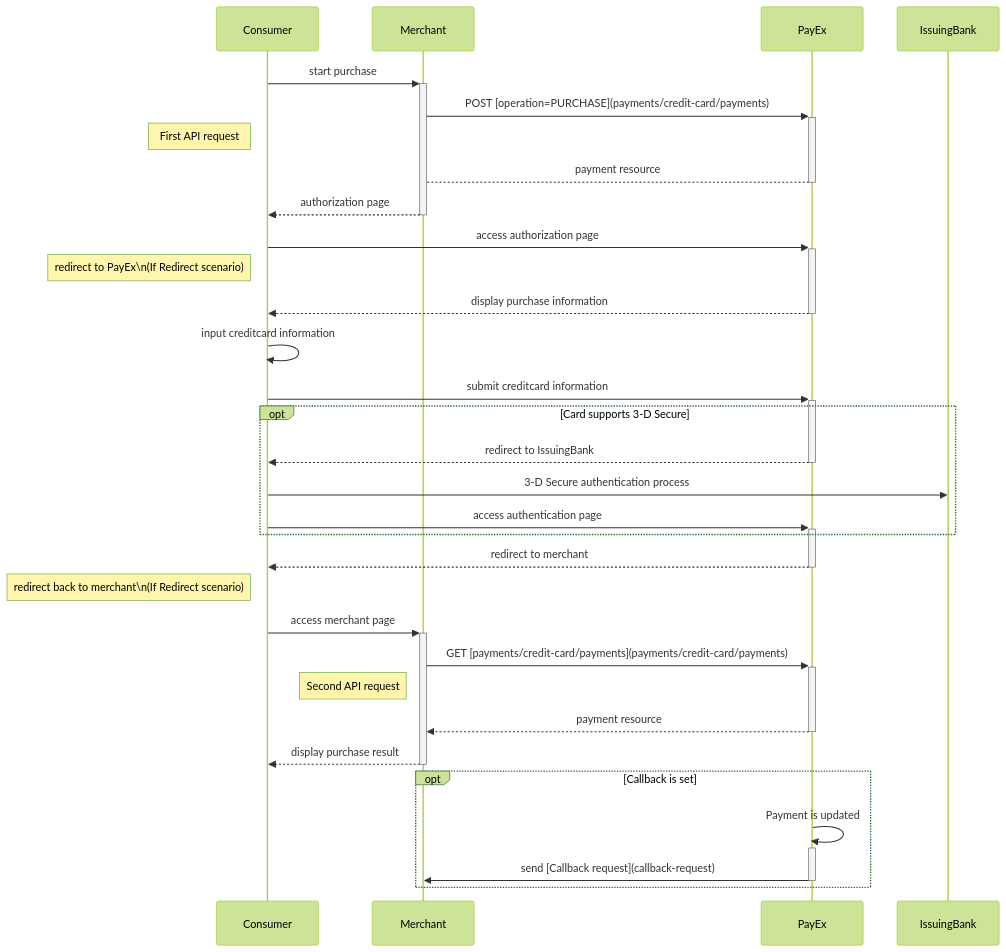
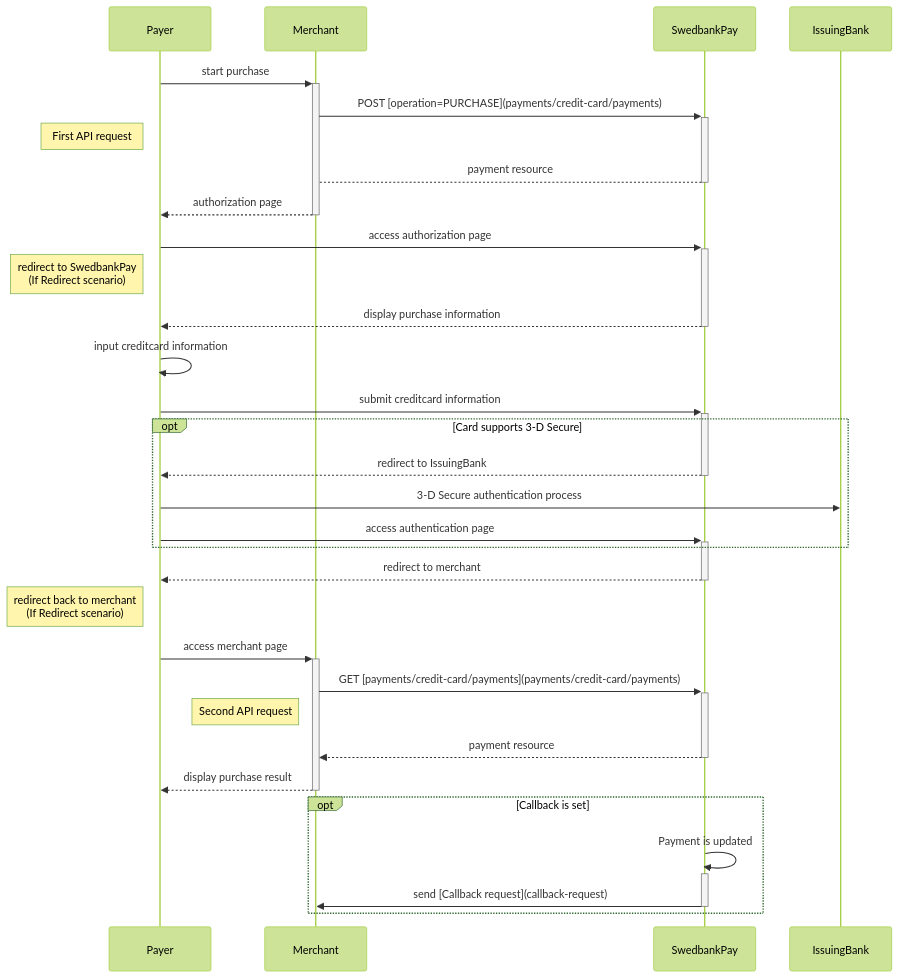
Before and after one commit to SwedbankPay/developer.swedbankpay.com: the second of 2 diagrams in payments/credit-card/index.md, drawn with Mermaid (forest theme). The commit also changed other lines of this file, not shown here.

Commit message:
DX-384 editing sequence diagram in Introduction

````diff
--- a/payments/credit-card/index.md
+++ b/payments/credit-card/index.md
@@ -133,44 +143,44 @@
 ```mermaid
 sequenceDiagram
-  Consumer->>+Merchant: start purchase
-  Merchant->>+PayEx: POST [operation=PURCHASE](payments/credit-card/payments)
-  note left of Consumer: First API request
-  PayEx-->Merchant: payment resource
-  deactivate PayEx
-  Merchant-->>Consumer: authorization page
+  Payer->>+Merchant: start purchase
+  Merchant->>+SwedbankPay: POST [operation=PURCHASE](payments/credit-card/payments)
+  note left of Payer: First API request
+  SwedbankPay-->Merchant: payment resource
+  deactivate SwedbankPay
+  Merchant-->>Payer: authorization page
   deactivate Merchant
 
-  Consumer->>+PayEx: access authorization page
-  note left of Consumer: redirect to PayEx\n(If Redirect scenario)
-  PayEx-->>Consumer: display purchase information
-  deactivate PayEx
+  Payer->>+SwedbankPay: access authorization page
+  note left of Payer: redirect to SwedbankPay<br>(If Redirect scenario)
+  SwedbankPay-->>Payer: display purchase information
+  deactivate SwedbankPay
 
-  Consumer->>Consumer: input creditcard information
-  Consumer->>+PayEx: submit creditcard information
+  Payer->>Payer: input creditcard information
+  Payer->>+SwedbankPay: submit creditcard information
   
   opt Card supports 3-D Secure
-    PayEx-->>Consumer: redirect to IssuingBank
-    deactivate PayEx
-    Consumer->>IssuingBank: 3-D Secure authentication process
-    Consumer->>+PayEx: access authentication page
+    SwedbankPay-->>Payer: redirect to IssuingBank
+    deactivate SwedbankPay
+    Payer->>IssuingBank: 3-D Secure authentication process
+    Payer->>+SwedbankPay: access authentication page
   end
   
-  PayEx-->>Consumer: redirect to merchant
-  deactivate PayEx
-  note left of Consumer: redirect back to merchant\n(If Redirect scenario)
+  SwedbankPay-->>Payer: redirect to merchant
+  deactivate SwedbankPay
+  note left of Payer: redirect back to merchant<br>(If Redirect scenario)
   
-  Consumer->>+Merchant: access merchant page
-  Merchant->>+PayEx: GET [payments/credit-card/payments](payments/credit-card/payments)
+  Payer->>+Merchant: access merchant page
+  Merchant->>+SwedbankPay: GET [payments/credit-card/payments](payments/credit-card/payments)
   note left of Merchant: Second API request
-  PayEx-->>Merchant: payment resource
-  deactivate PayEx
-  Merchant-->>Consumer: display purchase result
+  SwedbankPay-->>Merchant: payment resource
+  deactivate SwedbankPay
+  Merchant-->>Payer: display purchase result
   deactivate Merchant
 
   opt Callback is set
-    PayEx->>PayEx: Payment is updated
-    activate PayEx
-    PayEx->>Merchant: send [Callback request](callback-request)
-    deactivate PayEx
+    SwedbankPay->>SwedbankPay: Payment is updated
+    activate SwedbankPay
+    SwedbankPay->>Merchant: send [Callback request](callback-request)
+    deactivate SwedbankPay
   end
 ```
````
